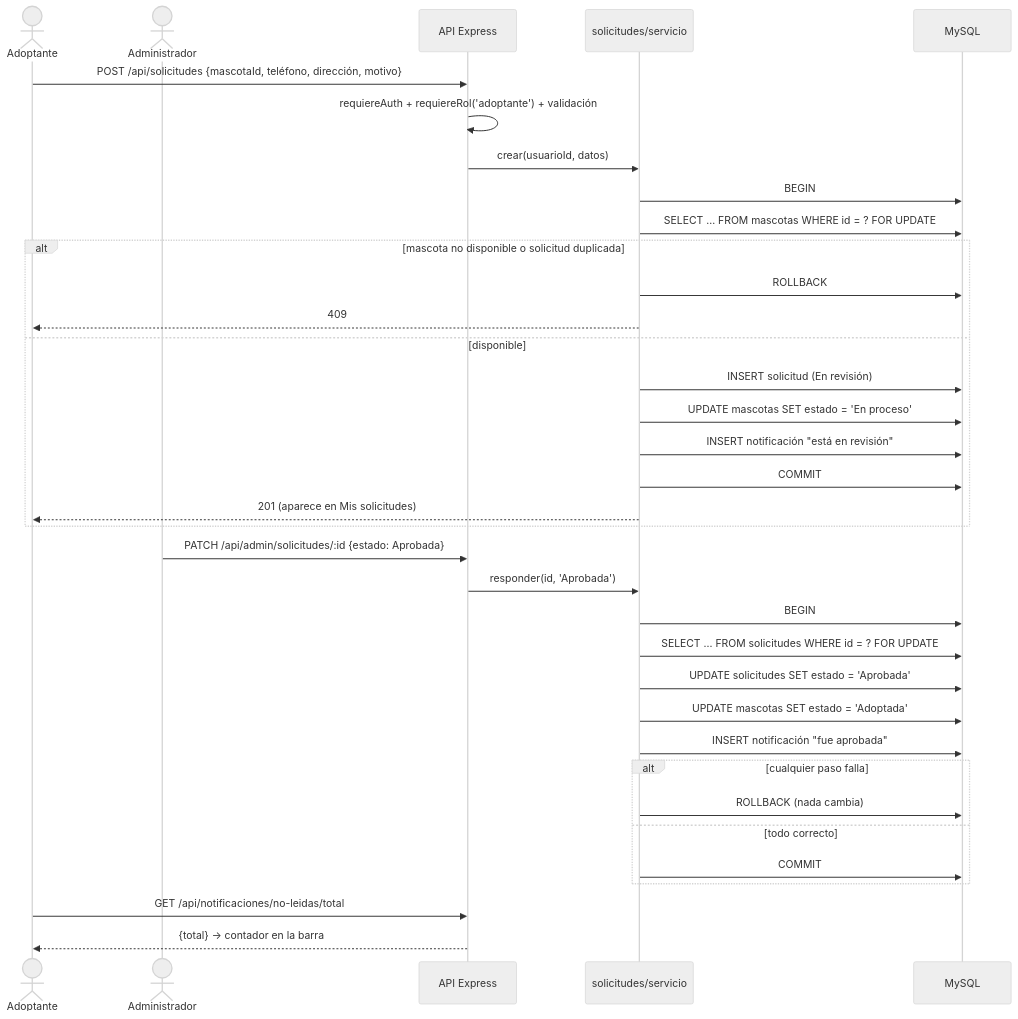
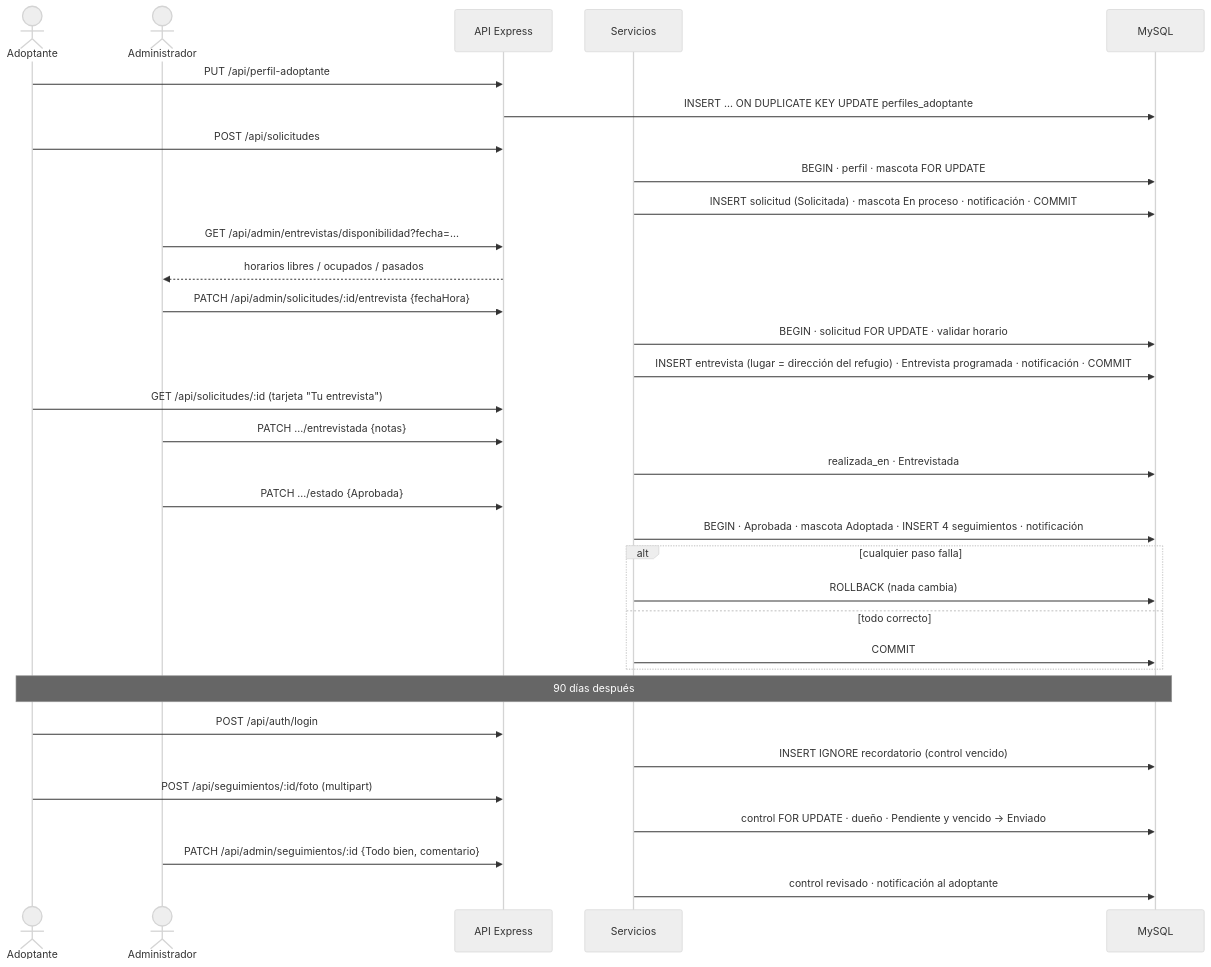
Before and after one commit to melanie05code/patitas-conectadas: the second of 2 diagrams in docs/03_funcionalidades.md, drawn with Mermaid (neutral theme). The commit also changed other lines of this file, not shown here.

Commit message:
docs: se actualizaron las funcionalidades con el proceso de adopción completo

````diff
--- a/docs/03_funcionalidades.md
+++ b/docs/03_funcionalidades.md
@@ -160,38 +162,36 @@
 ```mermaid
 sequenceDiagram
     actor A as Adoptante
     actor AD as Administrador
     participant API as API Express
-    participant S as solicitudes/servicio
+    participant S as Servicios
     participant BD as MySQL
 
-    A->>API: POST /api/solicitudes {mascotaId, teléfono, dirección, motivo}
-    API->>API: requiereAuth + requiereRol('adoptante') + validación
-    API->>S: crear(usuarioId, datos)
-    S->>BD: BEGIN
-    S->>BD: SELECT … FROM mascotas WHERE id = ? FOR UPDATE
-    alt mascota no disponible o solicitud duplicada
-        S->>BD: ROLLBACK
-        S-->>A: 409
-    else disponible
-        S->>BD: INSERT solicitud (En revisión)
-        S->>BD: UPDATE mascotas SET estado = 'En proceso'
-        S->>BD: INSERT notificación "está en revisión"
-        S->>BD: COMMIT
-        S-->>A: 201 (aparece en Mis solicitudes)
-    end
-    AD->>API: PATCH /api/admin/solicitudes/:id {estado: Aprobada}
-    API->>S: responder(id, 'Aprobada')
-    S->>BD: BEGIN
-    S->>BD: SELECT … FROM solicitudes WHERE id = ? FOR UPDATE
-    S->>BD: UPDATE solicitudes SET estado = 'Aprobada'
-    S->>BD: UPDATE mascotas SET estado = 'Adoptada'
-    S->>BD: INSERT notificación "fue aprobada"
+    A->>API: PUT /api/perfil-adoptante
+    API->>BD: INSERT … ON DUPLICATE KEY UPDATE perfiles_adoptante
+    A->>API: POST /api/solicitudes
+    S->>BD: BEGIN · perfil · mascota FOR UPDATE
+    S->>BD: INSERT solicitud (Solicitada) · mascota En proceso · notificación · COMMIT
+    AD->>API: GET /api/admin/entrevistas/disponibilidad?fecha=…
+    API-->>AD: horarios libres / ocupados / pasados
+    AD->>API: PATCH /api/admin/solicitudes/:id/entrevista {fechaHora}
+    S->>BD: BEGIN · solicitud FOR UPDATE · validar horario
+    S->>BD: INSERT entrevista (lugar = dirección del refugio) · Entrevista programada · notificación · COMMIT
+    A->>API: GET /api/solicitudes/:id (tarjeta "Tu entrevista")
+    AD->>API: PATCH …/entrevistada {notas}
+    S->>BD: realizada_en · Entrevistada
+    AD->>API: PATCH …/estado {Aprobada}
+    S->>BD: BEGIN · Aprobada · mascota Adoptada · INSERT 4 seguimientos · notificación
     alt cualquier paso falla
         S->>BD: ROLLBACK (nada cambia)
     else todo correcto
         S->>BD: COMMIT
     end
-    A->>API: GET /api/notificaciones/no-leidas/total
-    API-->>A: {total} → contador en la barra
+    Note over A,BD: 90 días después
+    A->>API: POST /api/auth/login
+    S->>BD: INSERT IGNORE recordatorio (control vencido)
+    A->>API: POST /api/seguimientos/:id/foto (multipart)
+    S->>BD: control FOR UPDATE · dueño · Pendiente y vencido → Enviado
+    AD->>API: PATCH /api/admin/seguimientos/:id {Todo bien, comentario}
+    S->>BD: control revisado · notificación al adoptante
 ```
````
